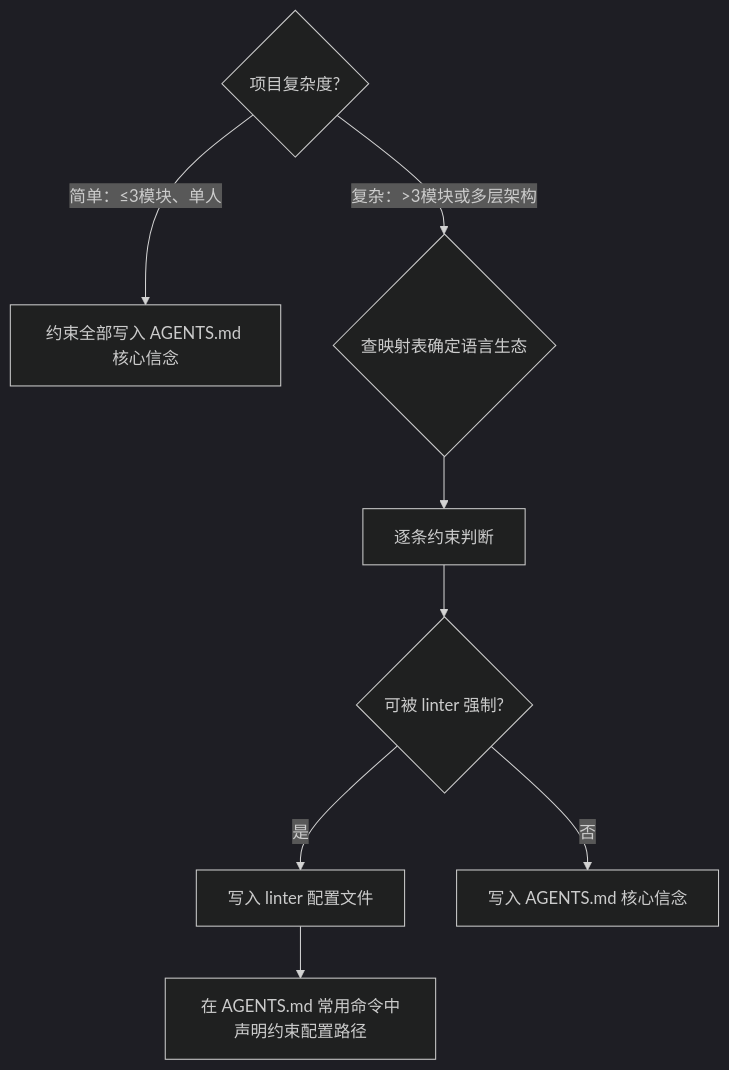
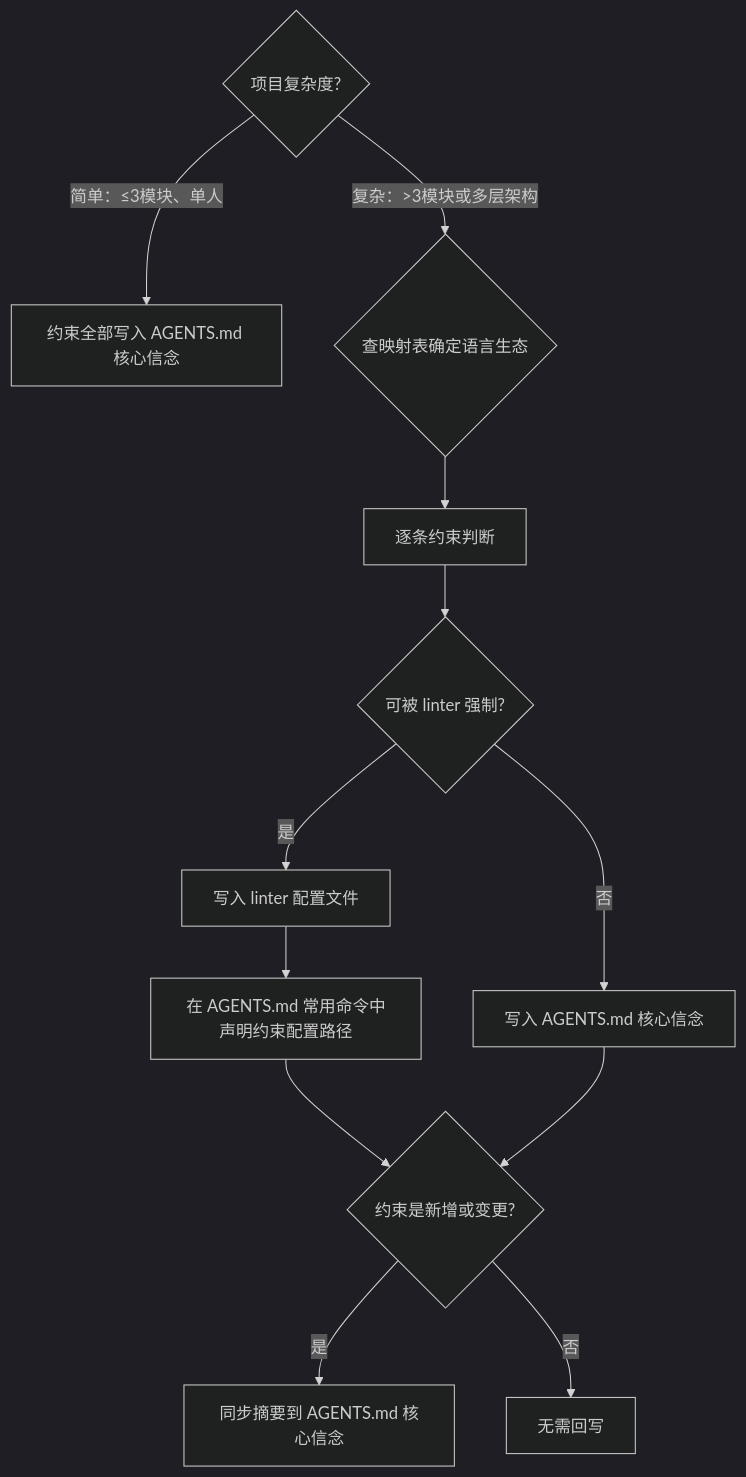
One commit to jiabai/awesome-skills changed the diagram in vibe-coding-launcher/references/architecture-constraints.md. Above: the diagram before and after it, drawn with Mermaid (dark theme). The commit also changed other lines of this file and 2 other files, not shown here.

Commit message:
docs: 添加约束优先级链与回写触发条件说明

````diff
--- a/vibe-coding-launcher/references/architecture-constraints.md
+++ b/vibe-coding-launcher/references/architecture-constraints.md
@@ -34,10 +34,14 @@
 ```mermaid
 flowchart TD
     A{项目复杂度?} -->|简单：≤3模块、单人| B[约束全部写入 AGENTS.md 核心信念]
     A -->|复杂：>3模块或多层架构| C{查映射表确定语言生态}
     C --> D[逐条约束判断]
     D --> E{可被 linter 强制?}
     E -->|是| F[写入 linter 配置文件]
     E -->|否| G[写入 AGENTS.md 核心信念]
     F --> H[在 AGENTS.md 常用命令中声明约束配置路径]
+    H --> I{约束是新增或变更?}
+    G --> I
+    I -->|是| J[同步摘要到 AGENTS.md 核心信念]
+    I -->|否| K[无需回写]
 ```
````
